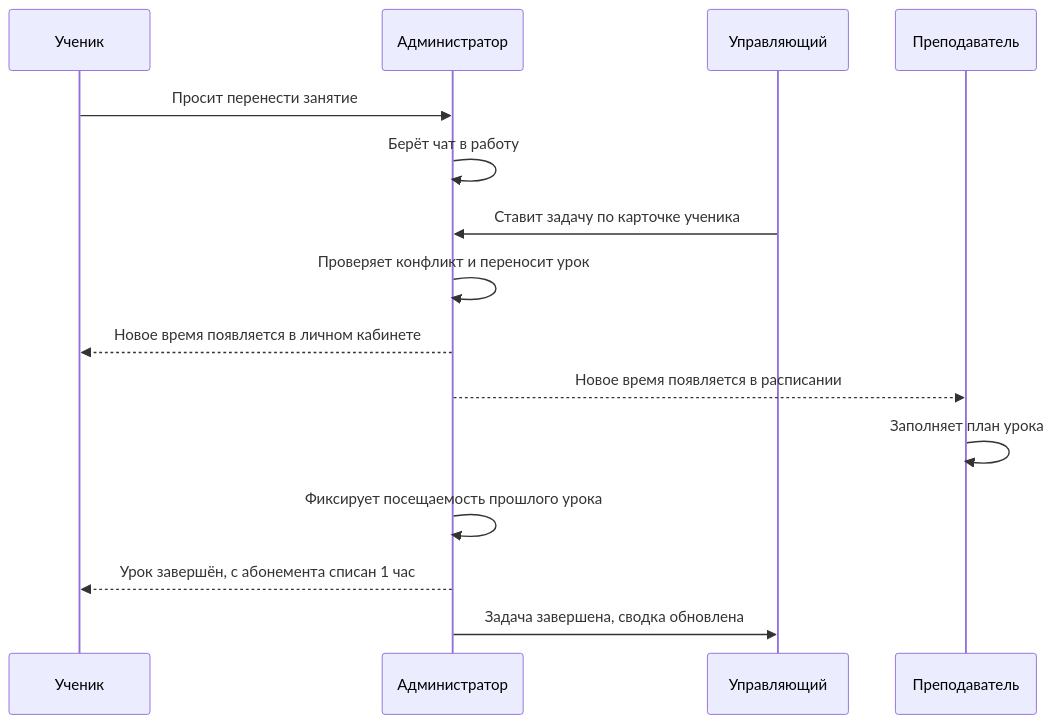
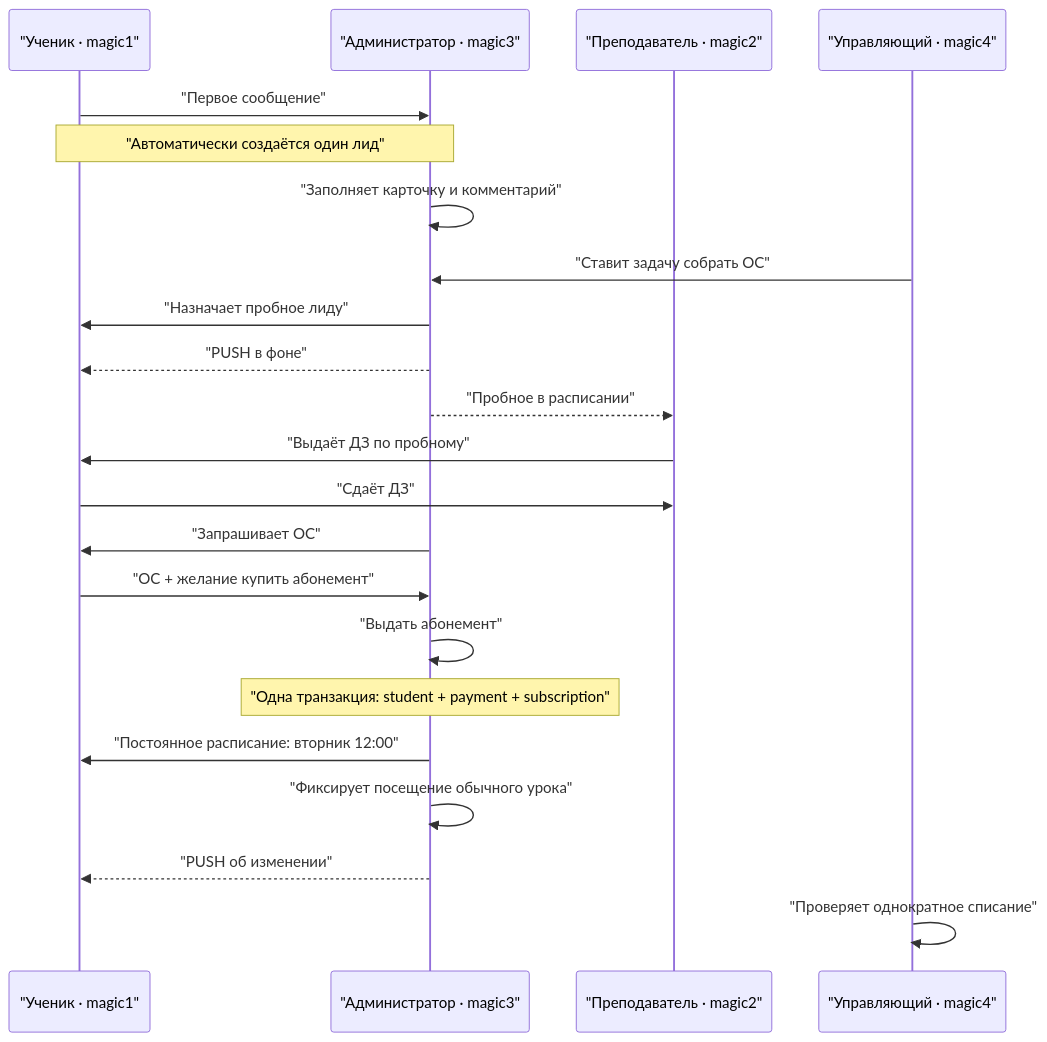
The diagram in docs/demo/FOUR-ROLE-DEMO-WORKFLOW.md (MagicMusicCRM/MagicMusicCRM), drawn with Mermaid before and after one commit. The commit also changed other lines of this file and 101 other files, not shown here.

````diff
--- a/docs/demo/FOUR-ROLE-DEMO-WORKFLOW.md
+++ b/docs/demo/FOUR-ROLE-DEMO-WORKFLOW.md
@@ -15,17 +15,24 @@
 ```mermaid
 sequenceDiagram
-    participant C as Ученик
-    participant A as Администратор
-    participant M as Управляющий
-    participant T as Преподаватель
-    C->>A: Просит перенести занятие
-    A->>A: Берёт чат в работу
-    M->>A: Ставит задачу по карточке ученика
-    A->>A: Проверяет конфликт и переносит урок
-    A-->>C: Новое время появляется в личном кабинете
-    A-->>T: Новое время появляется в расписании
-    T->>T: Заполняет план урока
-    A->>A: Фиксирует посещаемость прошлого урока
-    A-->>C: Урок завершён, с абонемента списан 1 час
-    A->>M: Задача завершена, сводка обновлена
+    participant C as "Ученик · magic1"
+    participant A as "Администратор · magic3"
+    participant T as "Преподаватель · magic2"
+    participant M as "Управляющий · magic4"
+    C->>A: "Первое сообщение"
+    Note over C,A: "Автоматически создаётся один лид"
+    A->>A: "Заполняет карточку и комментарий"
+    M->>A: "Ставит задачу собрать ОС"
+    A->>C: "Назначает пробное лиду"
+    A-->>C: "PUSH в фоне"
+    A-->>T: "Пробное в расписании"
+    T->>C: "Выдаёт ДЗ по пробному"
+    C->>T: "Сдаёт ДЗ"
+    A->>C: "Запрашивает ОС"
+    C->>A: "ОС + желание купить абонемент"
+    A->>A: "Выдать абонемент"
+    Note over A: "Одна транзакция: student + payment + subscription"
+    A->>C: "Постоянное расписание: вторник 12:00"
+    A->>A: "Фиксирует посещение обычного урока"
+    A-->>C: "PUSH об изменении"
+    M->>M: "Проверяет однократное списание"
 ```
````
